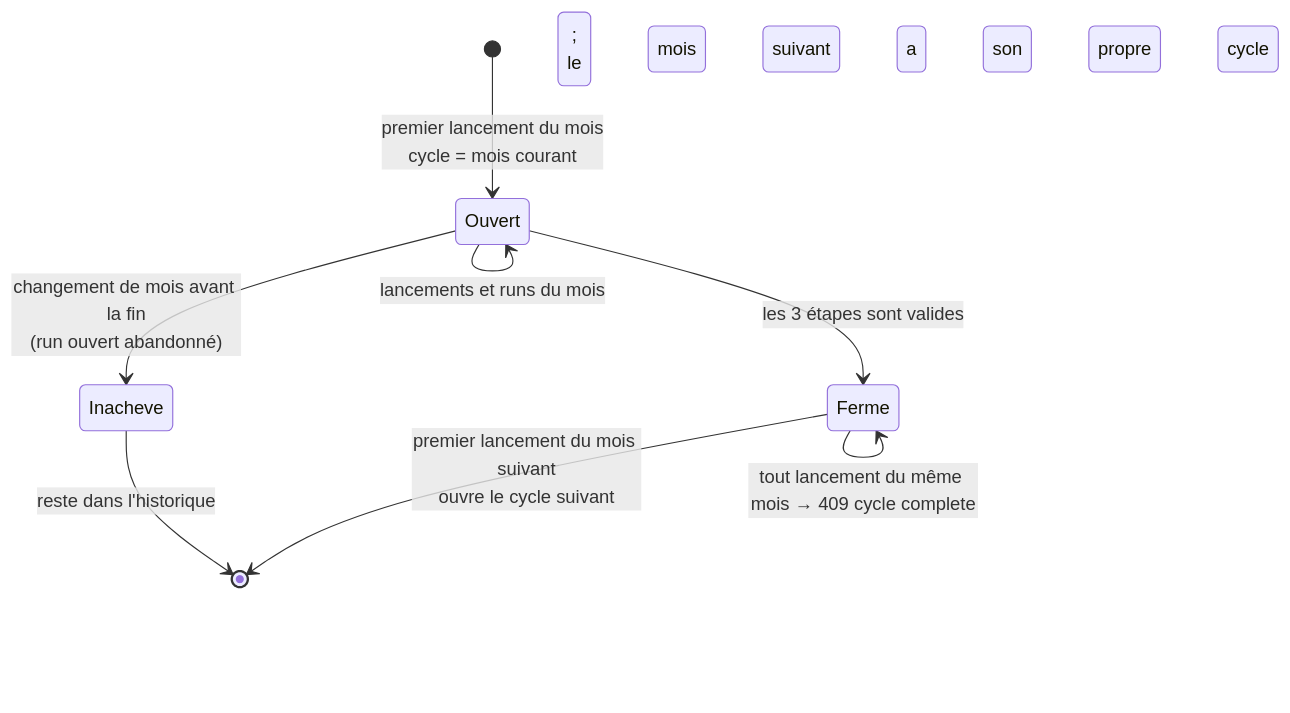
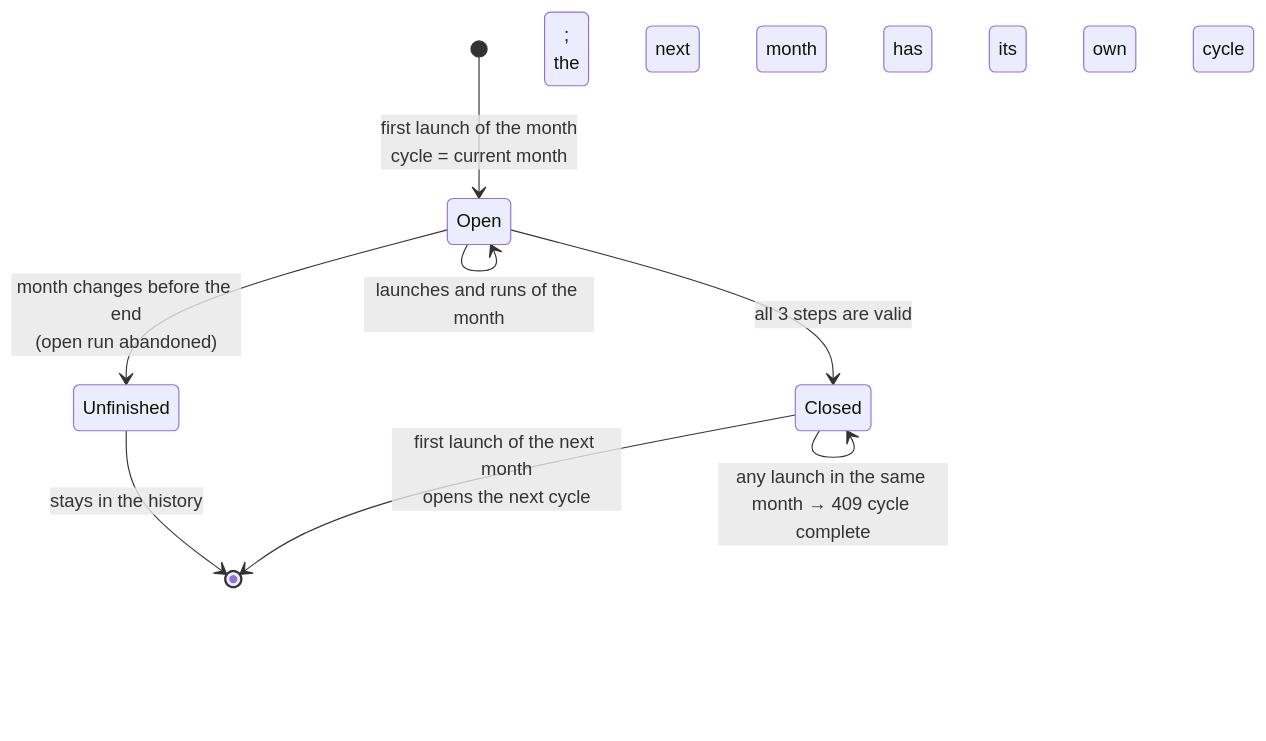
Before and after one commit to Pivot-Madagascar/pridec-docker: the eighth of 8 diagrams in etlhub/docs/pipeline-checkpoints-diagrams.md, drawn with Mermaid. The commit also changed other lines of this file and 4 other files, not shown here.

````diff
--- a/etlhub/docs/pipeline-checkpoints-diagrams.md
+++ b/etlhub/docs/pipeline-checkpoints-diagrams.md
@@ -305,10 +307,10 @@
 ```mermaid
 stateDiagram-v2
-    [*] --> Ouvert : premier lancement du mois<br/>cycle = mois courant
-    Ouvert --> Ouvert : lancements et runs du mois
-    Ouvert --> Inacheve : changement de mois avant la fin<br/>(run ouvert abandonné)
-    Inacheve --> [*] : reste dans l'historique ;<br/>le mois suivant a son propre cycle
-    Ouvert --> Ferme : les 3 étapes sont valides
-    Ferme --> Ferme : tout lancement du même mois → 409 cycle complete
-    Ferme --> [*] : premier lancement du mois suivant<br/>ouvre le cycle suivant
+    [*] --> Open : first launch of the month<br/>cycle = current month
+    Open --> Open : launches and runs of the month
+    Open --> Unfinished : month changes before the end<br/>(open run abandoned)
+    Unfinished --> [*] : stays in the history;<br/>the next month has its own cycle
+    Open --> Closed : all 3 steps are valid
+    Closed --> Closed : any launch in the same month → 409 cycle complete
+    Closed --> [*] : first launch of the next month<br/>opens the next cycle
 ```
````
